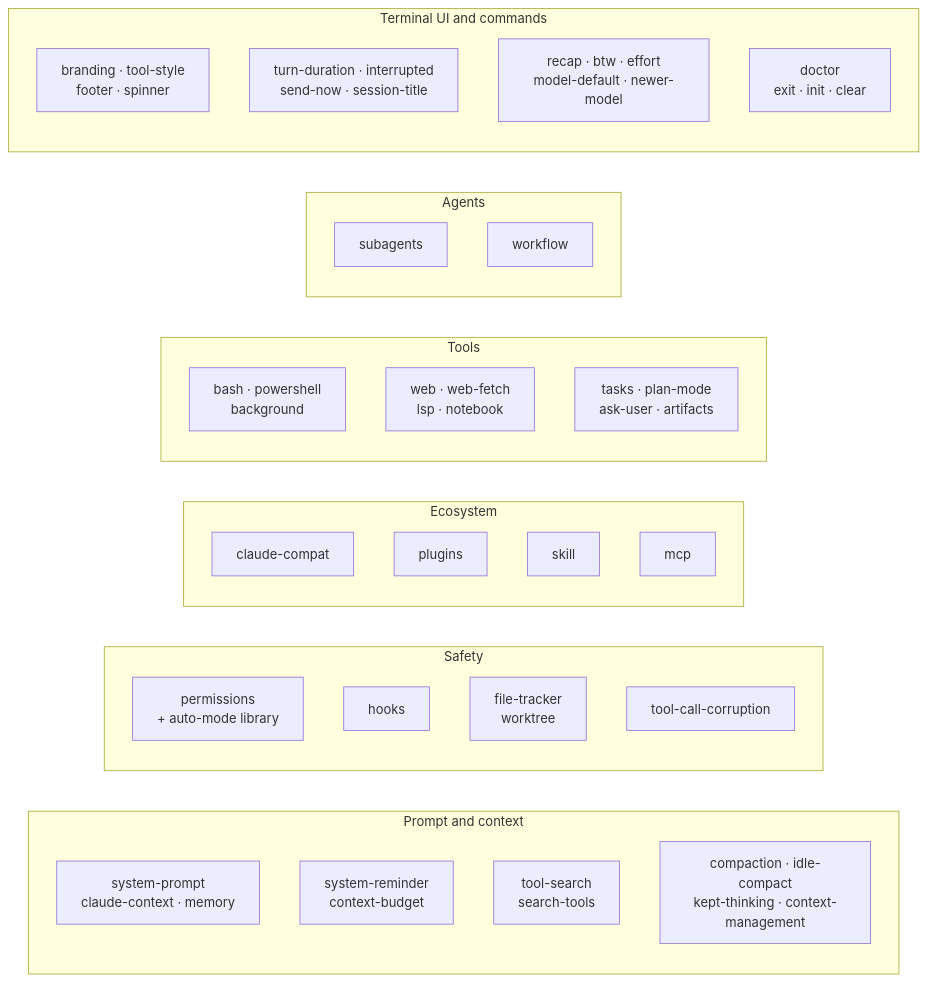
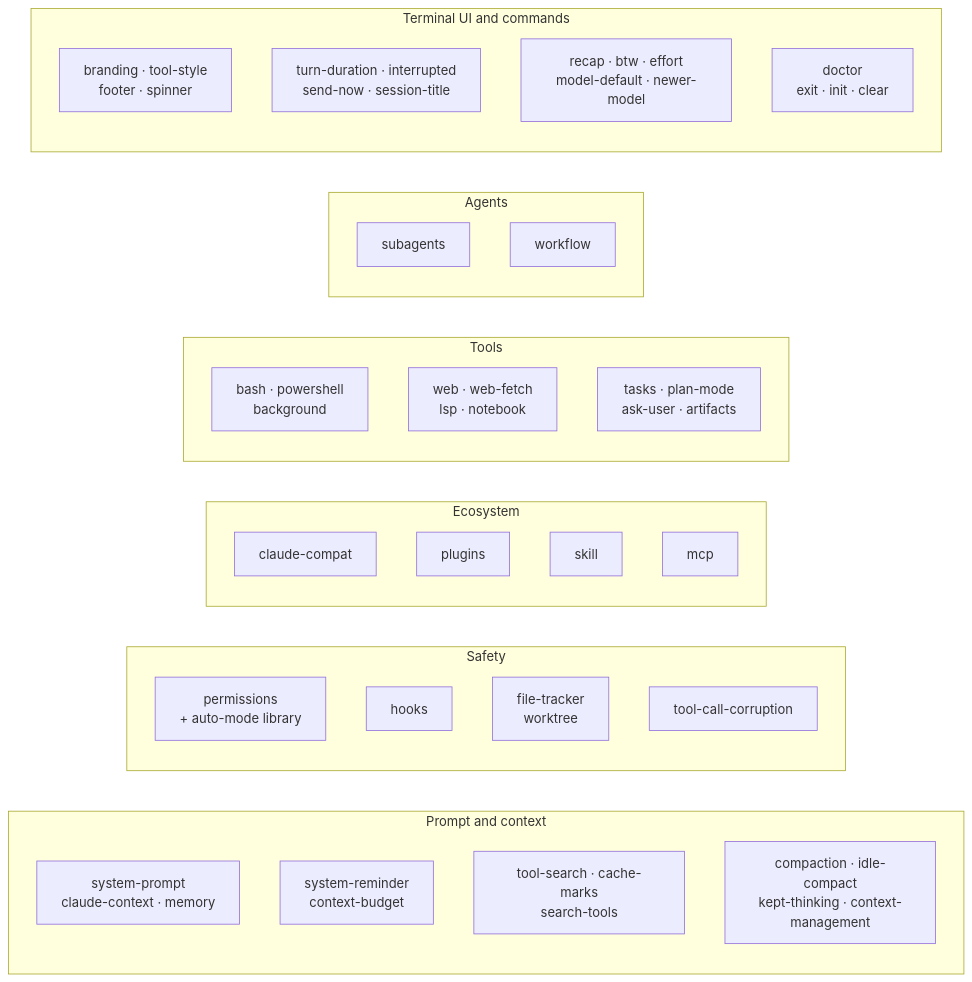
Before and after one commit to IsuruMaduranga/one-code: the second of 7 diagrams in docs/dev/architecture.md, drawn with Mermaid. The commit also changed 2 other files, not shown here.

Commit message:
Load cache-marks in child sessions and document where it loads
Child sessions load the same curated order as the main session, so the
mark follows tool-search there too; it leaves a request that already
carries four marks alone, which covers a fork's replayed body. The
developer docs' load-order table names the new fixed point.

````diff
--- a/docs/dev/architecture.md
+++ b/docs/dev/architecture.md
@@ -82,41 +82,41 @@
 ```mermaid
 flowchart LR
     subgraph ctx["Prompt and context"]
         c1["system-prompt<br/>claude-context · memory"]
         c2["system-reminder<br/>context-budget"]
-        c3["tool-search<br/>search-tools"]
+        c3["tool-search · cache-marks<br/>search-tools"]
         c4["compaction · idle-compact<br/>kept-thinking · context-management"]
     end
 
     subgraph safety["Safety"]
         s1["permissions<br/>+ auto-mode library"]
         s2["hooks"]
         s3["file-tracker<br/>worktree"]
         s4["tool-call-corruption"]
     end
 
     subgraph eco["Ecosystem"]
         e1["claude-compat"]
         e2["plugins"]
         e3["skill"]
         e4["mcp"]
     end
 
     subgraph tools["Tools"]
         t1["bash · powershell<br/>background"]
         t2["web · web-fetch<br/>lsp · notebook"]
         t3["tasks · plan-mode<br/>ask-user · artifacts"]
     end
 
     subgraph agents["Agents"]
         g1["subagents"]
         g2["workflow"]
     end
 
     subgraph ui["Terminal UI and commands"]
         u1["branding · tool-style<br/>footer · spinner"]
         u2["turn-duration · interrupted<br/>send-now · session-title"]
         u3["recap · btw · effort<br/>model-default · newer-model"]
         u4["doctor<br/>exit · init · clear"]
     end
 ```
````
